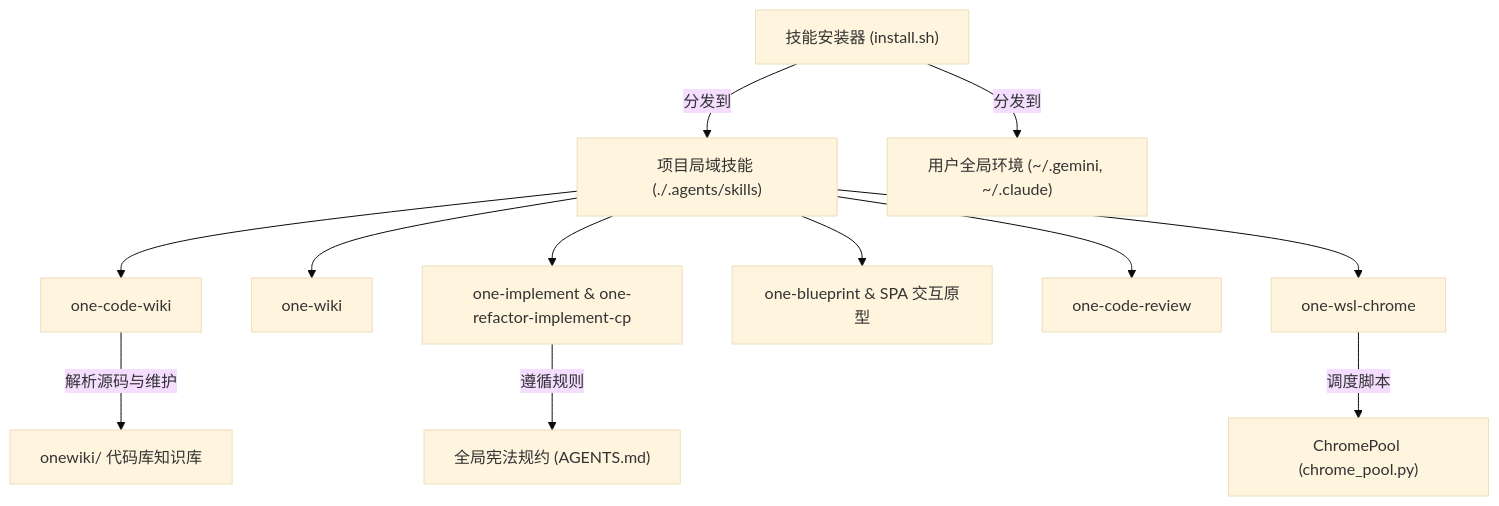
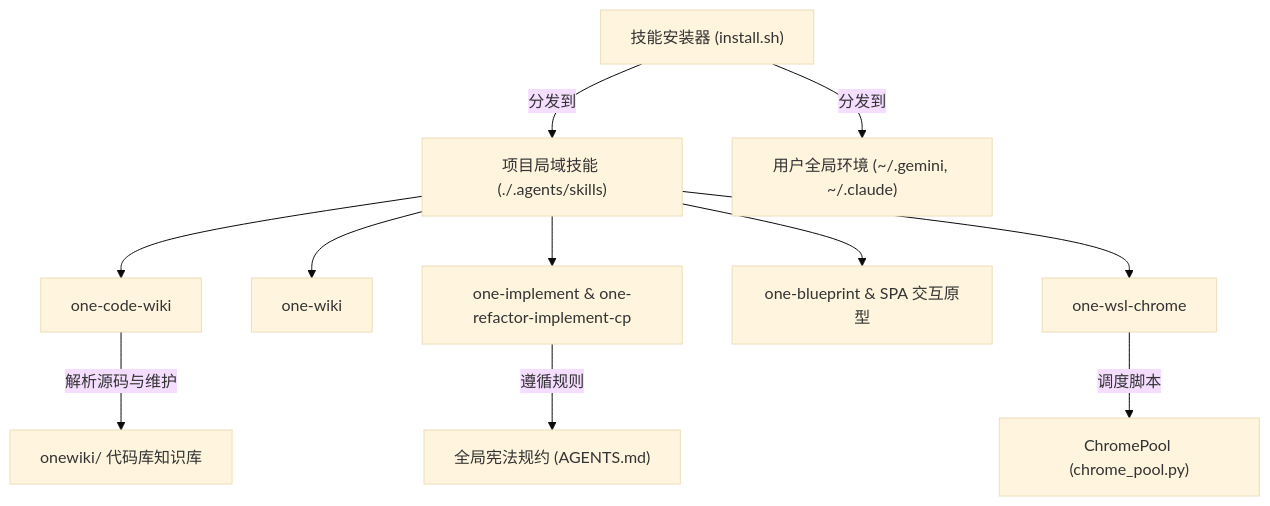
Before and after one commit to wupengbo125/one-skills: the diagram in onewiki/index.md, drawn with Mermaid (base theme). The commit also changed other lines of this file and 2 other files, not shown here.

Commit message:
refactor: 删除冗余 one-code-review 技能，统一审查门禁至 one-implement

````diff
--- a/onewiki/index.md
+++ b/onewiki/index.md
@@ -32,16 +31,15 @@
 ```mermaid
 flowchart TD
     Installer["技能安装器 (install.sh)"] -->|分发到| AgentsDir["项目局域技能 (./.agents/skills)"]
     Installer -->|分发到| UserGlobal["用户全局环境 (~/.gemini, ~/.claude)"]
     
     AgentsDir --> CodeWiki["one-code-wiki"]
     AgentsDir --> LLMWiki["one-wiki"]
     AgentsDir --> Impl["one-implement & one-refactor-implement-cp"]
     AgentsDir --> Blueprint["one-blueprint & SPA 交互原型"]
-    AgentsDir --> Review["one-code-review"]
     AgentsDir --> Chrome["one-wsl-chrome"]
     
     CodeWiki -->|解析源码与维护| OneWikiDir["onewiki/ 代码库知识库"]
     Impl -->|遵循规则| Rules["全局宪法规约 (AGENTS.md)"]
     Chrome -->|调度脚本| ChromePool["ChromePool (chrome_pool.py)"]
 ```
````
